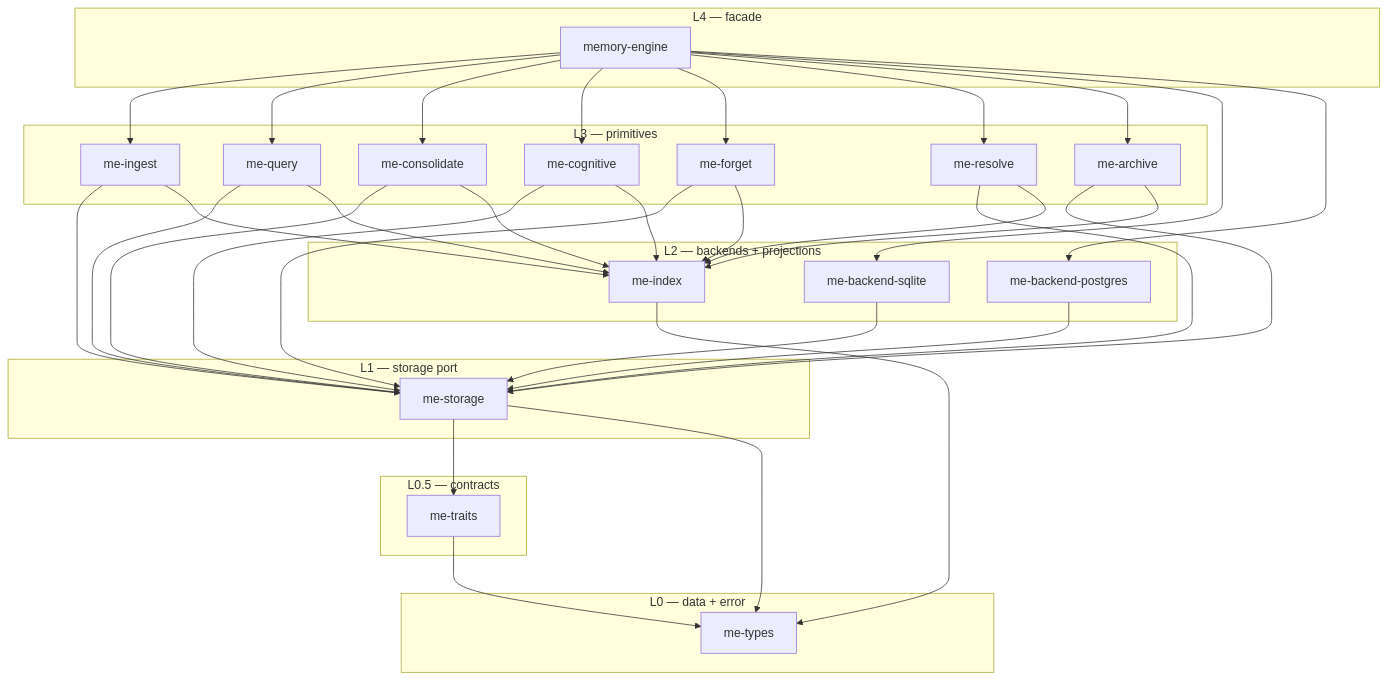
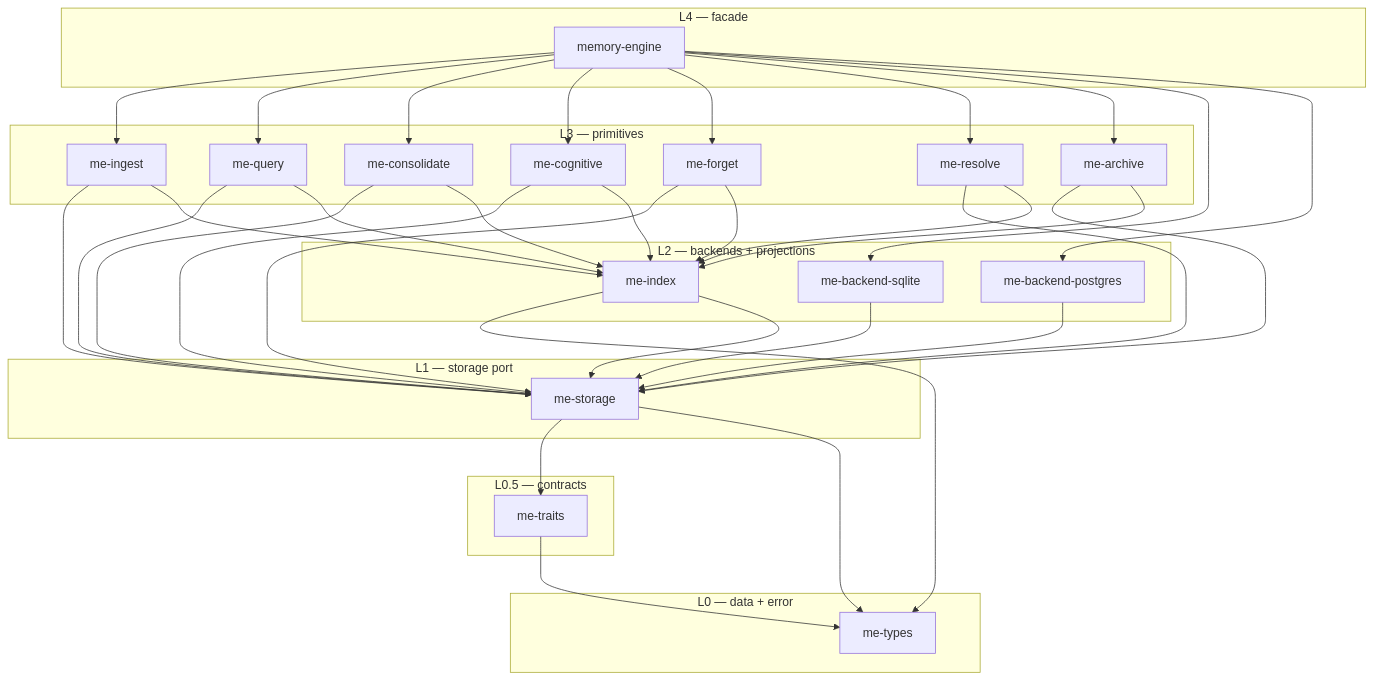
One commit to dutiona/memory-engine changed the diagram in docs/reference/crate-layout.md. Above: the diagram before and after it, drawn with Mermaid. The commit also changed other lines of this file and 6 other files, not shown here.

````diff
--- a/docs/reference/crate-layout.md
+++ b/docs/reference/crate-layout.md
@@ -30,38 +30,39 @@
 ```{mermaid}
 graph TD
     subgraph L4["L4 — facade"]
         facade["memory-engine"]
     end
     subgraph L3["L3 — primitives"]
         ingest["me-ingest"]
         query["me-query"]
         consolidate["me-consolidate"]
         cognitive["me-cognitive"]
         forget["me-forget"]
         resolve["me-resolve"]
         archive["me-archive"]
     end
     subgraph L2["L2 — backends + projections"]
         sqlite["me-backend-sqlite"]
         postgres["me-backend-postgres"]
         index["me-index"]
     end
     subgraph L1["L1 — storage port"]
         storage["me-storage"]
     end
     subgraph L05["L0.5 — contracts"]
         traits["me-traits"]
     end
     subgraph L0["L0 — data + error"]
         types["me-types"]
     end
 
     facade --> ingest & query & consolidate & cognitive & forget & resolve & archive
     facade --> sqlite & postgres
     ingest & query & consolidate & cognitive & forget & resolve & archive --> storage & index
     sqlite & postgres --> storage
     storage --> traits
     storage --> types
     traits --> types
     index --> types
+    index --> storage
 ```
````
